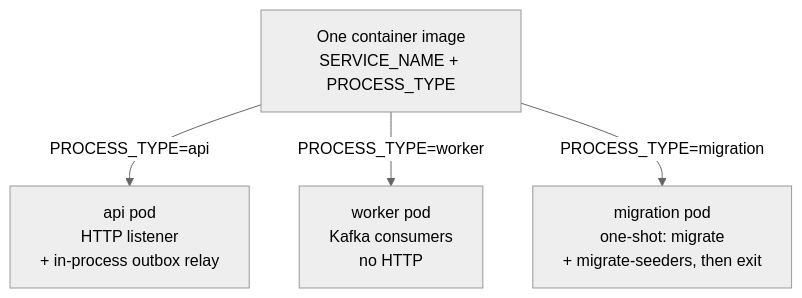
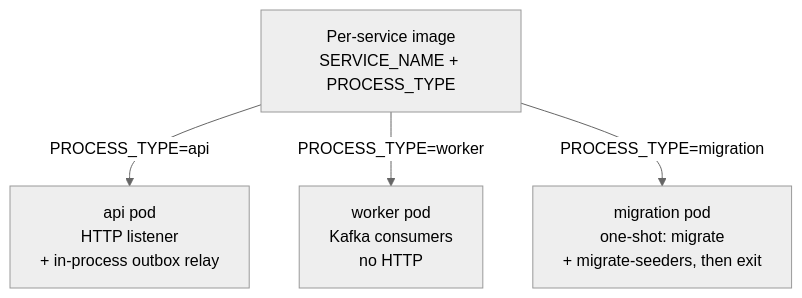
The fifth of 7 diagrams in docs/ARCHITECTURE.md (25ankurpandey/aegis), drawn with Mermaid (neutral theme) before and after one commit. The commit also changed other lines of this file and 63 other files, not shown here.

````diff
--- a/docs/ARCHITECTURE.md
+++ b/docs/ARCHITECTURE.md
@@ -125,11 +125,11 @@
 ```mermaid
 flowchart TB
-  img["One container image<br/>SERVICE_NAME + PROCESS_TYPE"]
+  img["Per-service image<br/>SERVICE_NAME + PROCESS_TYPE"]
   api["api pod<br/>HTTP listener<br/>+ in-process outbox relay"]
   worker["worker pod<br/>Kafka consumers<br/>no HTTP"]
   mig["migration pod<br/>one-shot: migrate<br/>+ migrate-seeders, then exit"]
 
   img -->|"PROCESS_TYPE=api"| api
   img -->|"PROCESS_TYPE=worker"| worker
   img -->|"PROCESS_TYPE=migration"| mig
 ```
````
